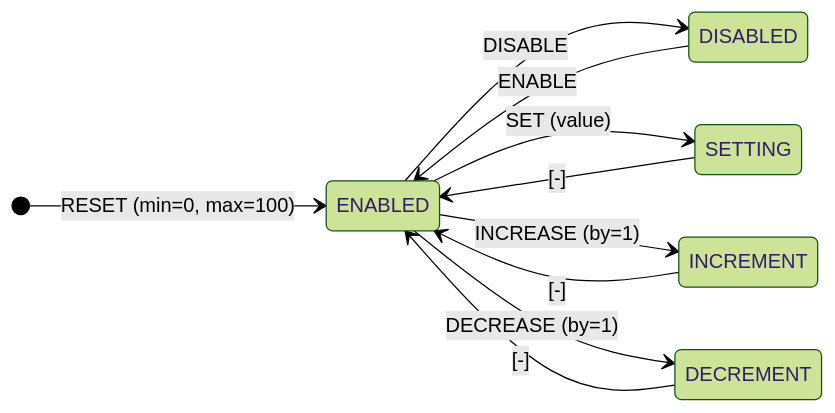
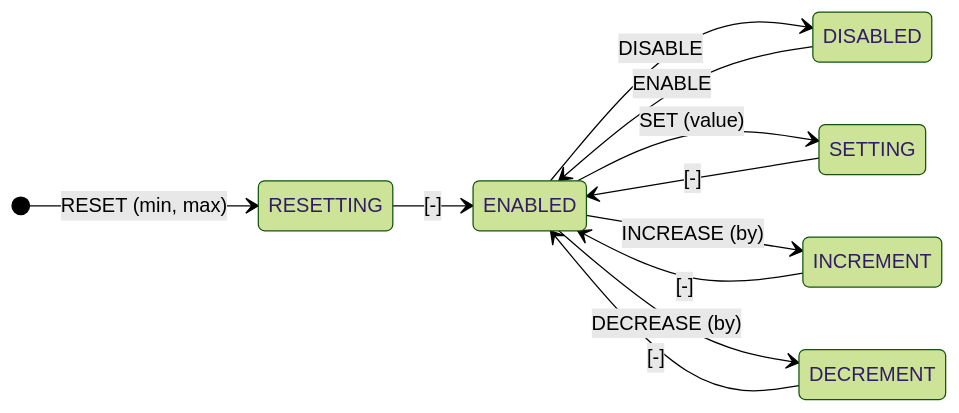
One commit to tfcp68/yantrix changed the sixth of 11 diagrams in docs/index.md. Above: the diagram before and after it, drawn with Mermaid (forest theme). The commit also changed other lines of this file and 2 other files, not shown here.

````diff
--- a/docs/index.md
+++ b/docs/index.md
@@ -172,13 +166,14 @@
 ```mermaid
 stateDiagram-v2
 	direction LR
-	[*] --> ENABLED: RESET (min=0, max=100)
+	[*] --> RESETTING: RESET (min, max)
+	RESETTING --> ENABLED: [-]
 	ENABLED --> DISABLED: DISABLE
 	DISABLED --> ENABLED: ENABLE
 	ENABLED --> SETTING: SET (value)
 	SETTING --> ENABLED: [-]
-	ENABLED --> INCREMENT: INCREASE (by=1)
+	ENABLED --> INCREMENT: INCREASE (by)
 	INCREMENT --> ENABLED: [-]
-	ENABLED --> DECREMENT: DECREASE (by=1)
+	ENABLED --> DECREMENT: DECREASE (by)
 	DECREMENT --> ENABLED: [-]
 ```
````
